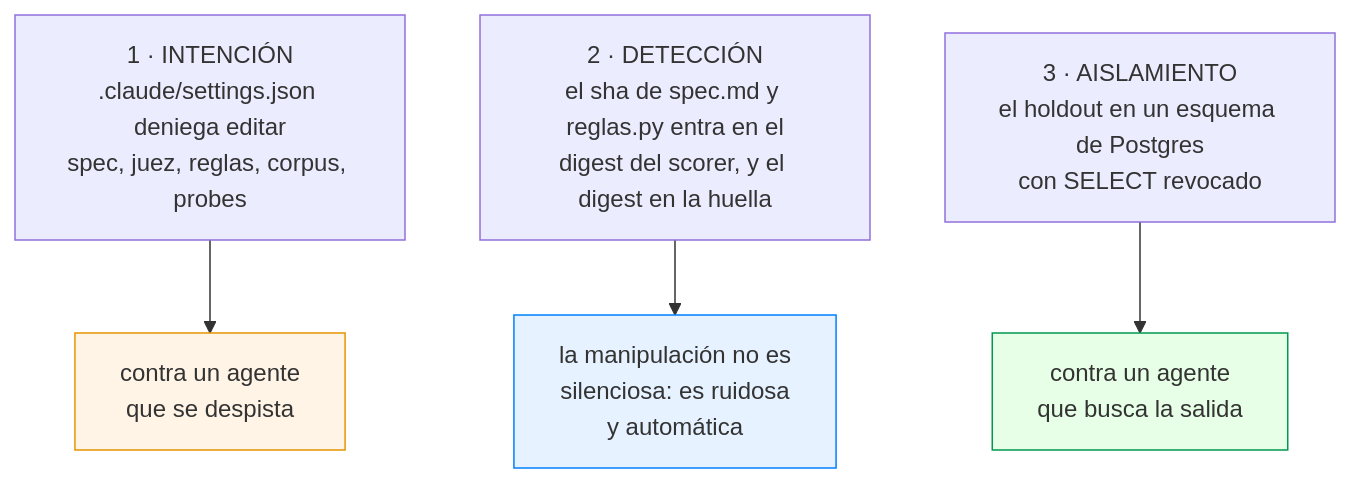
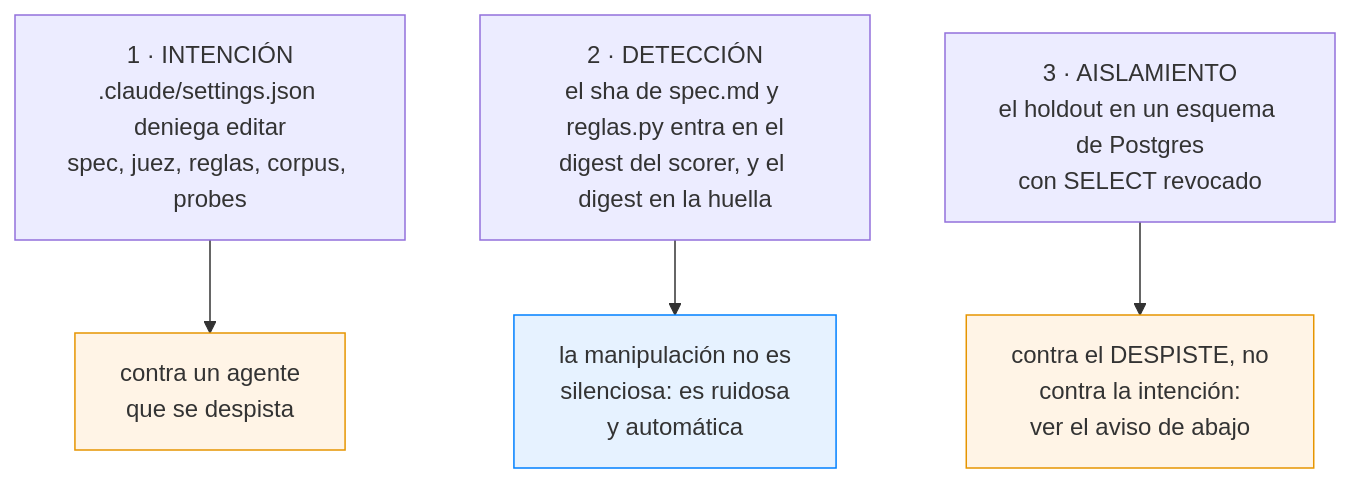
One commit to Jorge-Medina-Diaz/research-RAG changed the second of 3 diagrams in docs/01-decisiones.md. Above: the diagram before and after it, drawn with Mermaid. The commit also changed other lines of this file and 17 other files, not shown here.

````diff
--- a/docs/01-decisiones.md
+++ b/docs/01-decisiones.md
@@ -151,14 +171,14 @@
 ```mermaid
 flowchart TD
     A["1 · INTENCIÓN<br/>.claude/settings.json deniega editar<br/>spec, juez, reglas, corpus, probes"]
     B["2 · DETECCIÓN<br/>el sha de spec.md y reglas.py entra en el<br/>digest del scorer, y el digest en la huella"]
     C["3 · AISLAMIENTO<br/>el holdout en un esquema de Postgres<br/>con SELECT revocado"]
 
     A --> A1["contra un agente<br/>que se despista"]
     B --> B1["la manipulación no es<br/>silenciosa: es ruidosa<br/>y automática"]
-    C --> C1["contra un agente<br/>que busca la salida"]
+    C --> C1["contra el DESPISTE, no<br/>contra la intención:<br/>ver el aviso de abajo"]
 
     style A1 fill:#fff4e6,stroke:#e69500
     style B1 fill:#e6f2ff,stroke:#0080ff
-    style C1 fill:#e6ffe6,stroke:#00994d
+    style C1 fill:#fff4e6,stroke:#e69500
 ```
````
